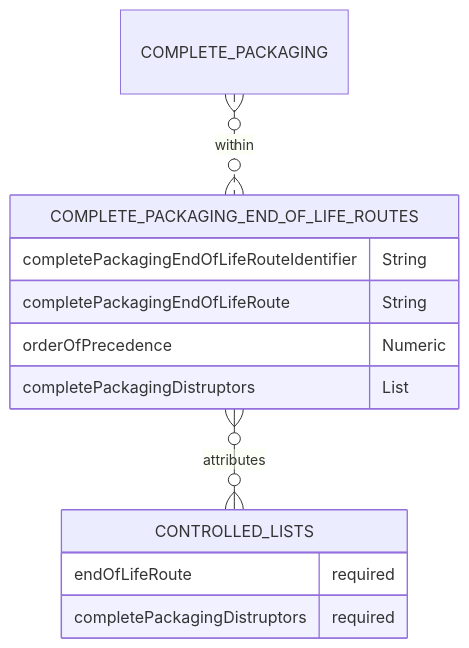
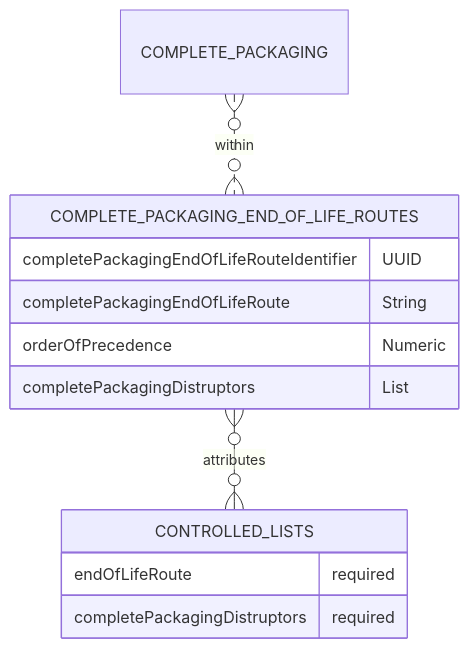
The diagram in docs/6_Relationship_Lists/6_008_Complete_Packaging_End_of_Life_Routes.md (OpenDataManchester/Open3P), drawn with Mermaid before and after one commit. The commit also changed other lines of this file, not shown here.

Commit message:
CP End of Life Routes to UUID from string

````diff
--- a/docs/6_Relationship_Lists/6_008_Complete_Packaging_End_of_Life_Routes.md
+++ b/docs/6_Relationship_Lists/6_008_Complete_Packaging_End_of_Life_Routes.md
@@ -20,16 +20,16 @@
 ``` mermaid
 erDiagram
 
   COMPLETE_PACKAGING }o..o{ COMPLETE_PACKAGING_END_OF_LIFE_ROUTES : within
   COMPLETE_PACKAGING_END_OF_LIFE_ROUTES {
-    completePackagingEndOfLifeRouteIdentifier String
+    completePackagingEndOfLifeRouteIdentifier UUID
     completePackagingEndOfLifeRoute String
     orderOfPrecedence Numeric
     completePackagingDistruptors List
   }
   COMPLETE_PACKAGING_END_OF_LIFE_ROUTES }o--o{ CONTROLLED_LISTS : attributes
   CONTROLLED_LISTS {
     endOfLifeRoute required
     completePackagingDistruptors required
   }
 ```
````
